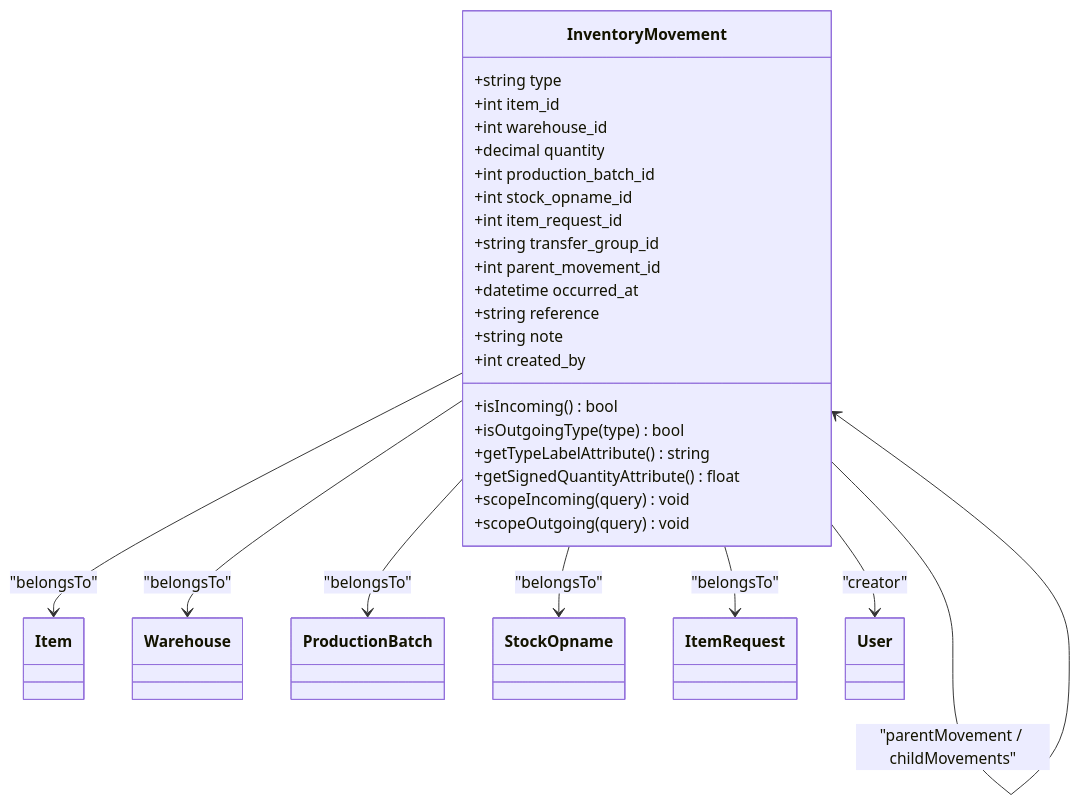
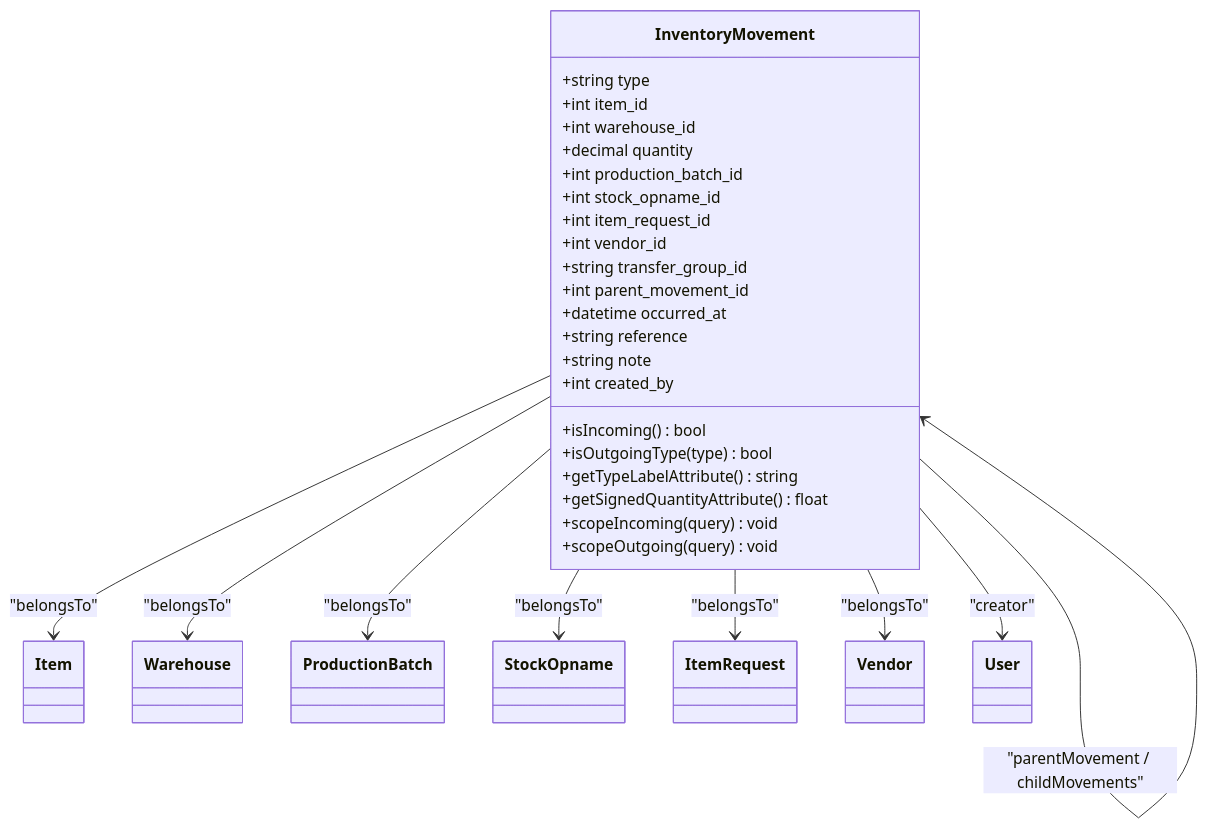
Before and after one commit to Dikksap/laravel_RsvHelmet: the third of 11 diagrams in .qoder/repowiki/en/content/Core Modules/Inventory Management/Inventory Movement Processing.md, drawn with Mermaid. The commit also changed other lines of this file and 33 other files, not shown here.

````diff
--- a/.qoder/repowiki/en/content/Core Modules/Inventory Management/Inventory Movement Processing.md
+++ b/.qoder/repowiki/en/content/Core Modules/Inventory Management/Inventory Movement Processing.md
@@ -140,37 +150,40 @@
 ```mermaid
 classDiagram
 class InventoryMovement {
 +string type
 +int item_id
 +int warehouse_id
 +decimal quantity
 +int production_batch_id
 +int stock_opname_id
 +int item_request_id
++int vendor_id
 +string transfer_group_id
 +int parent_movement_id
 +datetime occurred_at
 +string reference
 +string note
 +int created_by
 +isIncoming() bool
 +isOutgoingType(type) bool
 +getTypeLabelAttribute() string
 +getSignedQuantityAttribute() float
 +scopeIncoming(query) void
 +scopeOutgoing(query) void
 }
 class Item
 class Warehouse
 class ProductionBatch
 class StockOpname
 class ItemRequest
+class Vendor
 class User
 InventoryMovement --> Item : "belongsTo"
 InventoryMovement --> Warehouse : "belongsTo"
 InventoryMovement --> ProductionBatch : "belongsTo"
 InventoryMovement --> StockOpname : "belongsTo"
 InventoryMovement --> ItemRequest : "belongsTo"
+InventoryMovement --> Vendor : "belongsTo"
 InventoryMovement --> User : "creator"
 InventoryMovement --> InventoryMovement : "parentMovement / childMovements"
 ```
````
